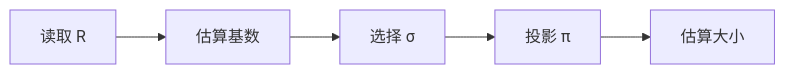
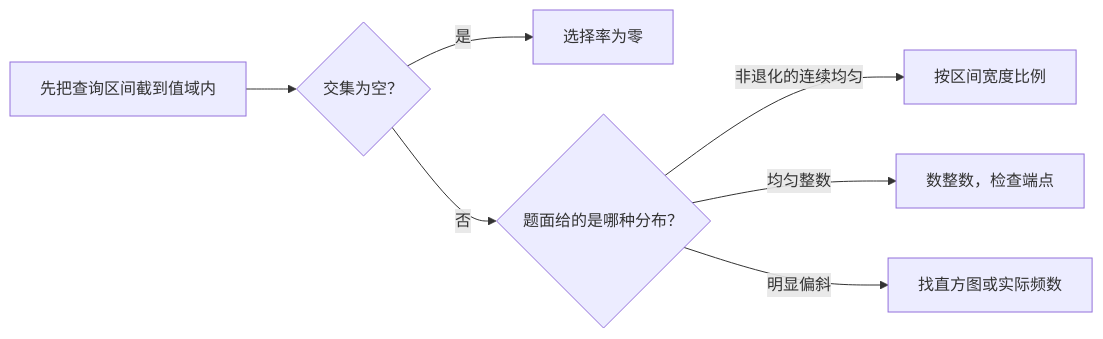
One commit to hicancan/njupt-knowledge changed the diagram in topics/数据库内核实现/结果大小估计.md. Above: the diagram before and after it, drawn with Mermaid. The commit also changed other lines of this file and 7 other files, not shown here.

````diff
--- a/topics/数据库内核实现/结果大小估计.md
+++ b/topics/数据库内核实现/结果大小估计.md
@@ -78,7 +48,9 @@
 ```mermaid
 flowchart LR
-    A["读取 R"] --> B["估算基数"]
-    B --> C["选择 σ"]
-    C --> D["投影 π"]
-    D --> E["估算大小"]
+    A["先把查询区间截到值域内"] --> B{"交集为空？"}
+    B -->|"是"| C["选择率为零"]
+    B -->|"否"| D{"题面给的是哪种分布？"}
+    D -->|"非退化的连续均匀"| E["按区间宽度比例"]
+    D -->|"均匀整数"| F["数整数，检查端点"]
+    D -->|"明显偏斜"| G["找直方图或实际频数"]
 ```
````
